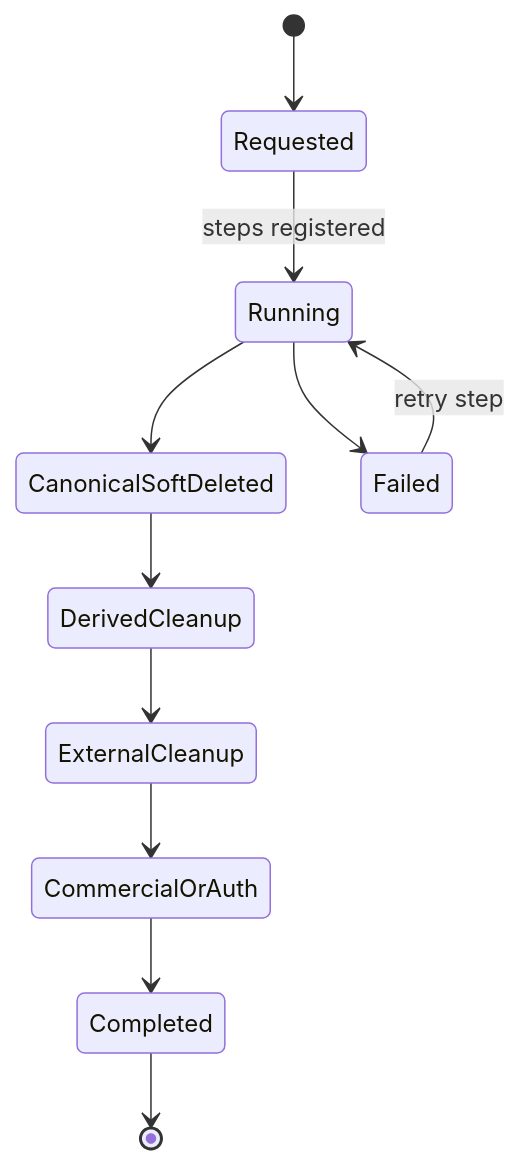
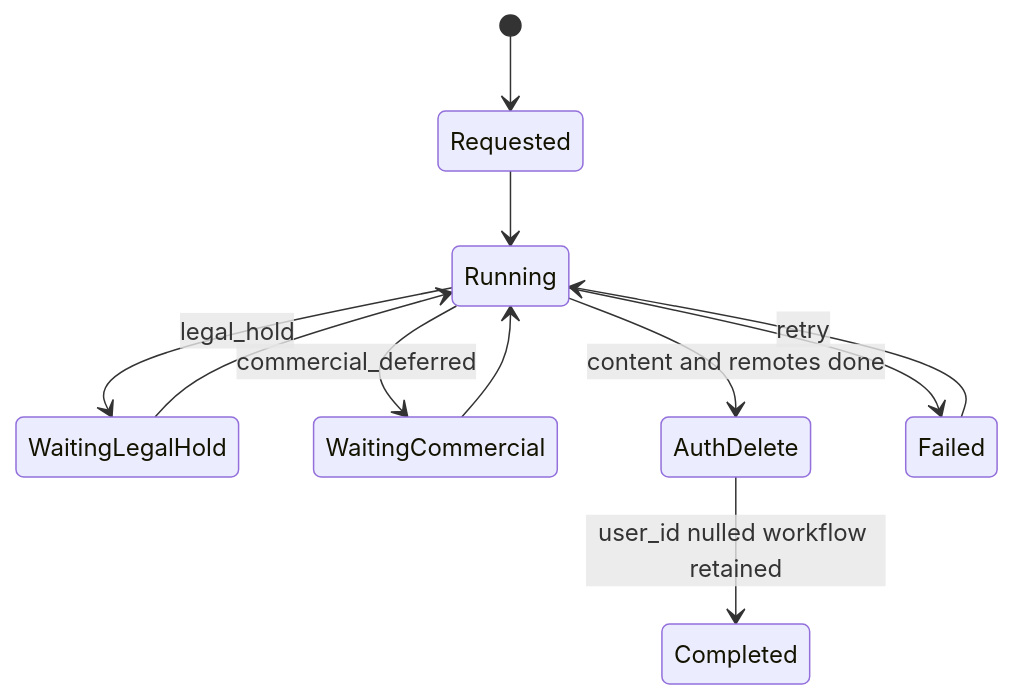
Before and after one commit to NicolVii/ContextVault: the third of 4 diagrams in docs/memory-system/09-technical-design.md, drawn with Mermaid. The commit also changed other lines of this file, not shown here.

First line of the commit message:
docs: correct Stage 9 trust boundaries and schema consistency

````diff
--- a/docs/memory-system/09-technical-design.md
+++ b/docs/memory-system/09-technical-design.md
@@ -1745,13 +1073,13 @@
 ```mermaid
 stateDiagram-v2
   [*] --> Requested
-  Requested --> Running: steps registered
-  Running --> CanonicalSoftDeleted
-  CanonicalSoftDeleted --> DerivedCleanup
-  DerivedCleanup --> ExternalCleanup
-  ExternalCleanup --> CommercialOrAuth
-  CommercialOrAuth --> Completed
+  Requested --> Running
+  Running --> WaitingLegalHold: legal_hold
+  Running --> WaitingCommercial: commercial_deferred
+  WaitingLegalHold --> Running
+  WaitingCommercial --> Running
+  Running --> AuthDelete: content and remotes done
+  AuthDelete --> Completed: user_id nulled workflow retained
   Running --> Failed
-  Failed --> Running: retry step
-  Completed --> [*]
+  Failed --> Running: retry
 ```
````
